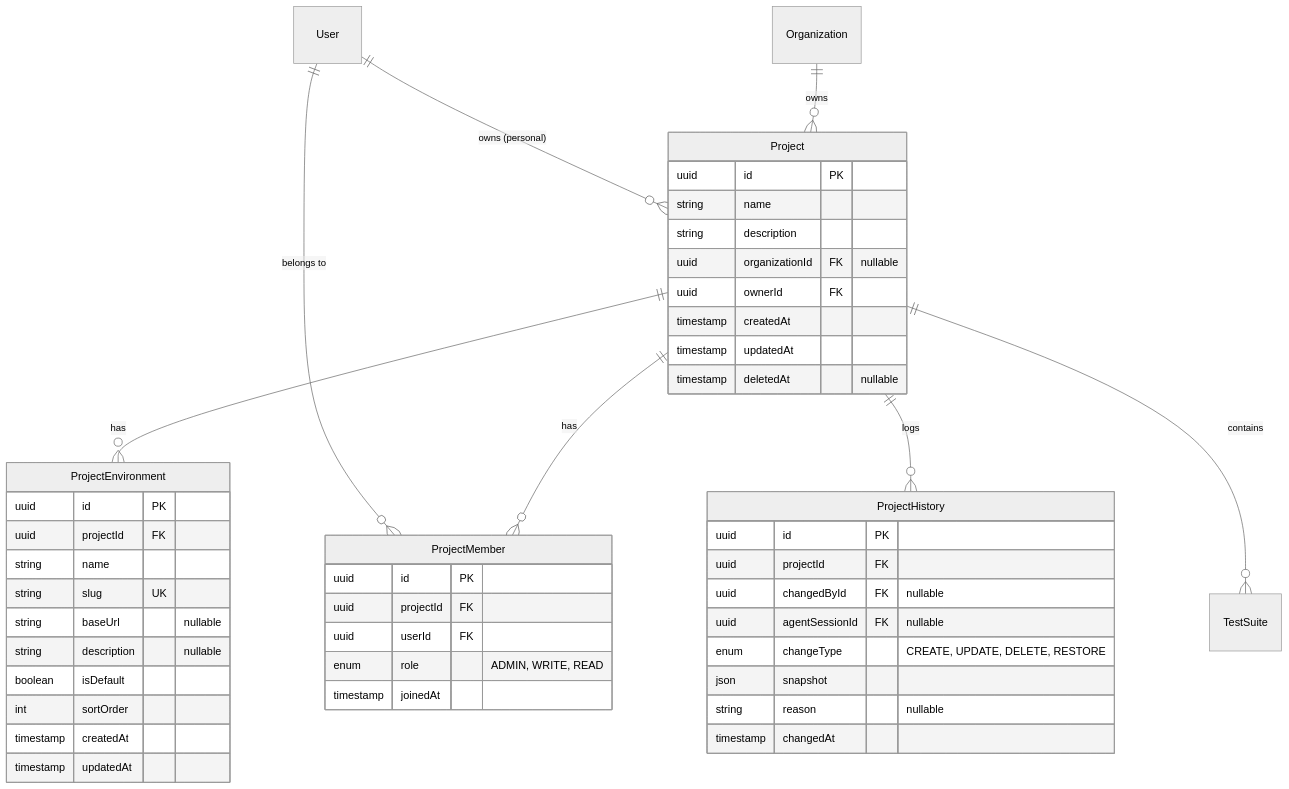
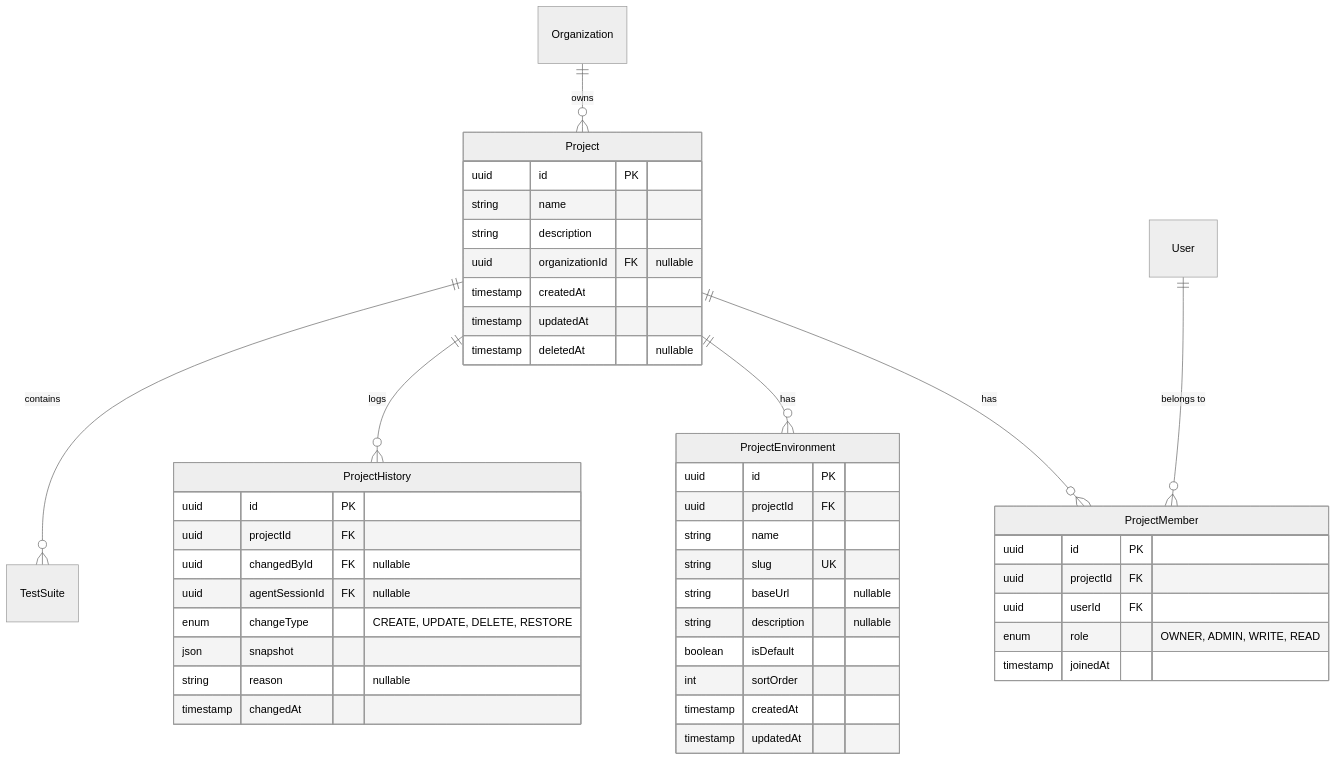
The sixth of 6 diagrams in docs/architecture/features/project-management.md (tsutsumi389/agentest), drawn with Mermaid (neutral theme) before and after one commit. The commit also changed other lines of this file and 2 other files, not shown here.

````diff
--- a/docs/architecture/features/project-management.md
+++ b/docs/architecture/features/project-management.md
@@ -289,53 +289,51 @@
 ```mermaid
 erDiagram
     Project ||--o{ ProjectMember : "has"
     Project ||--o{ ProjectEnvironment : "has"
     Project ||--o{ ProjectHistory : "logs"
     Project ||--o{ TestSuite : "contains"
     Organization ||--o{ Project : "owns"
-    User ||--o{ Project : "owns (personal)"
     User ||--o{ ProjectMember : "belongs to"
 
     Project {
         uuid id PK
         string name
         string description
         uuid organizationId FK "nullable"
-        uuid ownerId FK
         timestamp createdAt
         timestamp updatedAt
         timestamp deletedAt "nullable"
     }
 
     ProjectMember {
         uuid id PK
         uuid projectId FK
         uuid userId FK
-        enum role "ADMIN, WRITE, READ"
+        enum role "OWNER, ADMIN, WRITE, READ"
         timestamp joinedAt
     }
 
     ProjectEnvironment {
         uuid id PK
         uuid projectId FK
         string name
         string slug UK
         string baseUrl "nullable"
         string description "nullable"
         boolean isDefault
         int sortOrder
         timestamp createdAt
         timestamp updatedAt
     }
 
     ProjectHistory {
         uuid id PK
         uuid projectId FK
         uuid changedById FK "nullable"
         uuid agentSessionId FK "nullable"
         enum changeType "CREATE, UPDATE, DELETE, RESTORE"
         json snapshot
         string reason "nullable"
         timestamp changedAt
     }
 ```
````
